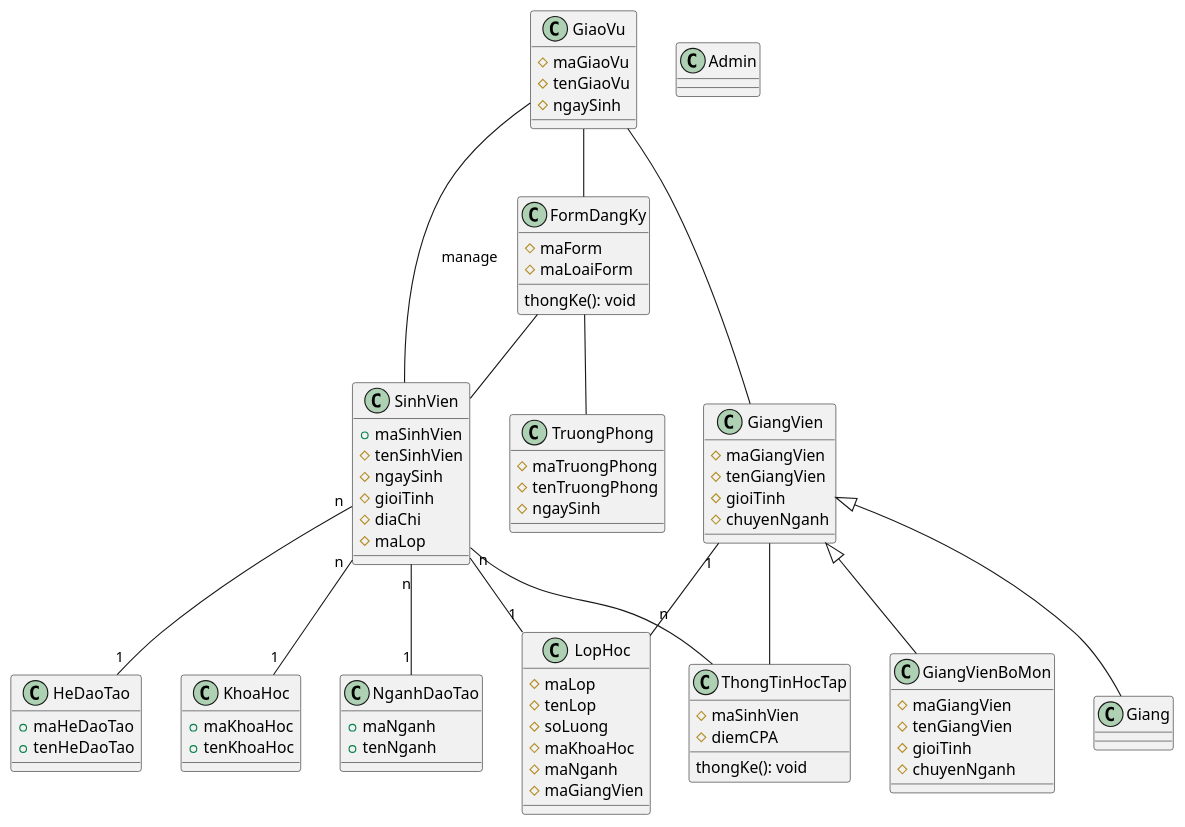
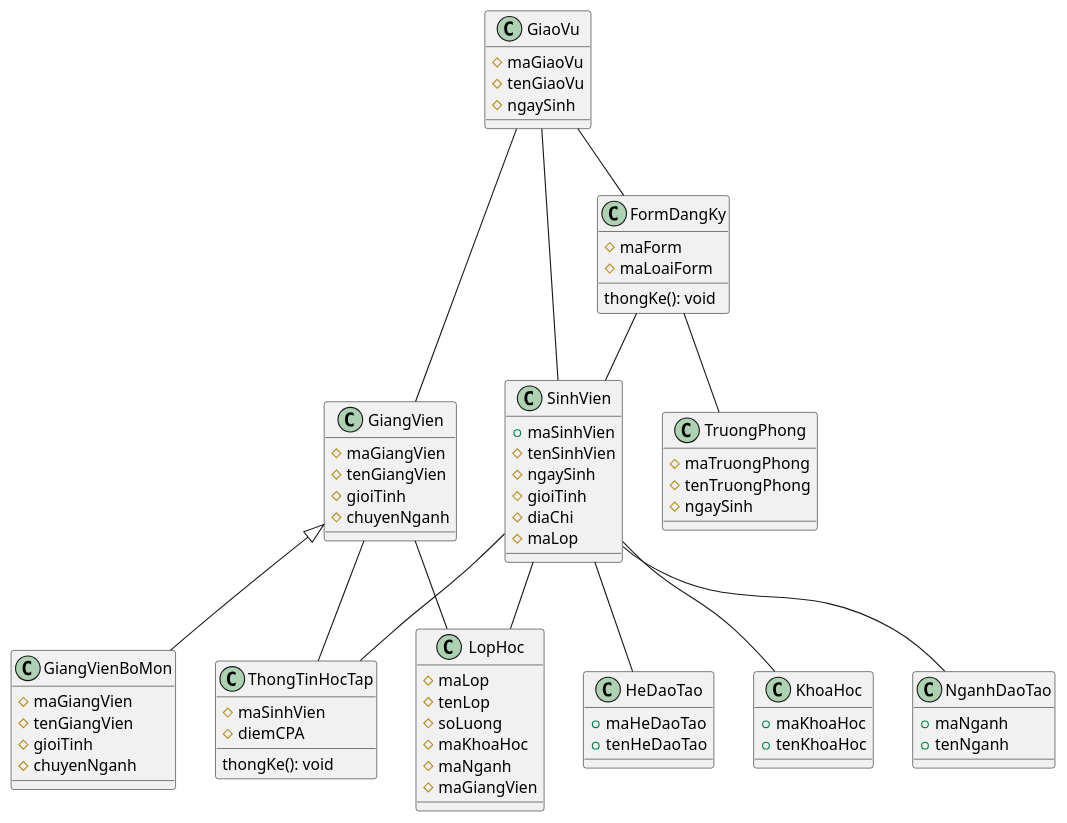
Before and after one commit to toroieno/HUST: the diagram in DA_II/plantUML/class.wsd, drawn with PlantUML. The commit also changed 7 other files, not shown here.

```diff
--- a/DA_II/plantUML/class.wsd
+++ b/DA_II/plantUML/class.wsd
@@ -1,86 +1,86 @@
 @startuml class
 class SinhVien {
   +maSinhVien
   #tenSinhVien
   #ngaySinh
   #gioiTinh
   #diaChi
   #maLop
 }
 class ThongTinHocTap {
   #maSinhVien
   #diemCPA
   thongKe(): void
 }
 class HeDaoTao {
   +maHeDaoTao
   +tenHeDaoTao
 }
 class KhoaHoc {
   +maKhoaHoc
   +tenKhoaHoc
 }
 class NganhDaoTao {
   +maNganh
   +tenNganh
 }
 SinhVien -- ThongTinHocTap
-SinhVien "n" -- "1" HeDaoTao
-SinhVien "n" -- "1" KhoaHoc
-SinhVien "n" -- "1" NganhDaoTao
+SinhVien -- HeDaoTao
+SinhVien -- KhoaHoc
+SinhVien -- NganhDaoTao
 
 class GiangVien {
   #maGiangVien
   #tenGiangVien
   #gioiTinh
   #chuyenNganh
 }
 GiangVien -- ThongTinHocTap
-GiangVien "1" -- "n" LopHoc
+GiangVien -- LopHoc
 
 class GiangVienBoMon {
   #maGiangVien
   #tenGiangVien
   #gioiTinh
   #chuyenNganh
 }
 class LopHoc {
   #maLop
   #tenLop
   #soLuong
   #maKhoaHoc
   #maNganh
   #maGiangVien
 }
 
 class TruongPhong {
   #maTruongPhong
   #tenTruongPhong
   #ngaySinh
 
 }
 class GiaoVu {
   #maGiaoVu
   #tenGiaoVu
   #ngaySinh
 
 }
-class Admin {
+' class Admin {
 
-}
+' }
 class FormDangKy {
   #maForm
   #maLoaiForm
   thongKe(): void
 }
 FormDangKy -- SinhVien
 FormDangKy -- TruongPhong
 
-GiaoVu -- SinhVien: manage
+GiaoVu -- SinhVien
 GiaoVu -- GiangVien
 GiaoVu -- FormDangKy
-SinhVien "n" -- "1" LopHoc
+SinhVien -- LopHoc
 
 GiangVien <|-- GiangVienBoMon
-GiangVien <|-- Giang
+
 @enduml
```
